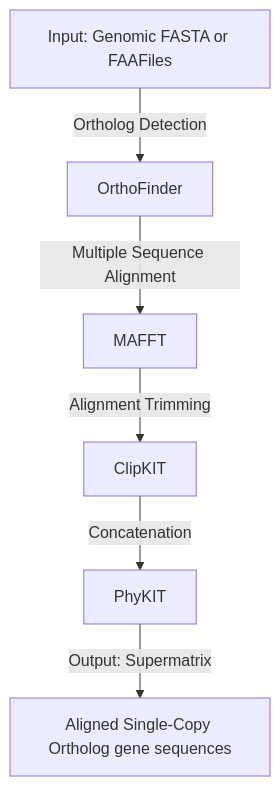
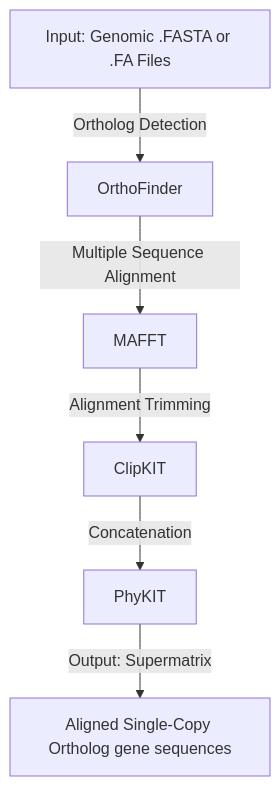
The diagram in README.md (RicoLeiser/Genome2Tree), drawn with Mermaid before and after one commit.

````diff
--- a/README.md
+++ b/README.md
@@ -12,8 +12,8 @@
 ```mermaid
 graph TD;
-  A[Input: Genomic FASTA or FAAFiles] -->|Ortholog Detection| B[OrthoFinder];
+  A[Input: Genomic .FASTA or .FA Files] -->|Ortholog Detection| B[OrthoFinder];
   B -->|Multiple Sequence Alignment| C[MAFFT];
   C -->|Alignment Trimming| D[ClipKIT];
   D -->|Concatenation| E[PhyKIT];
   E -->|Output: Supermatrix| F[Aligned Single-Copy Ortholog gene sequences];
 ```
````
